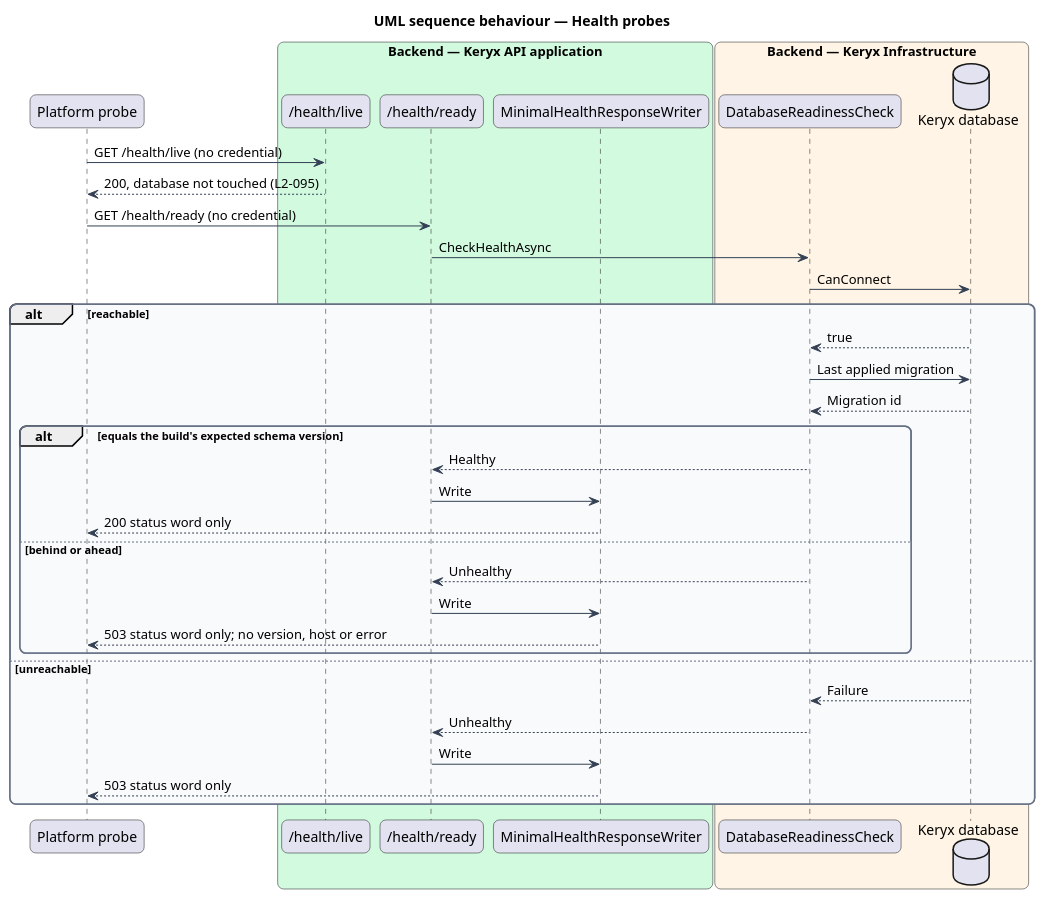
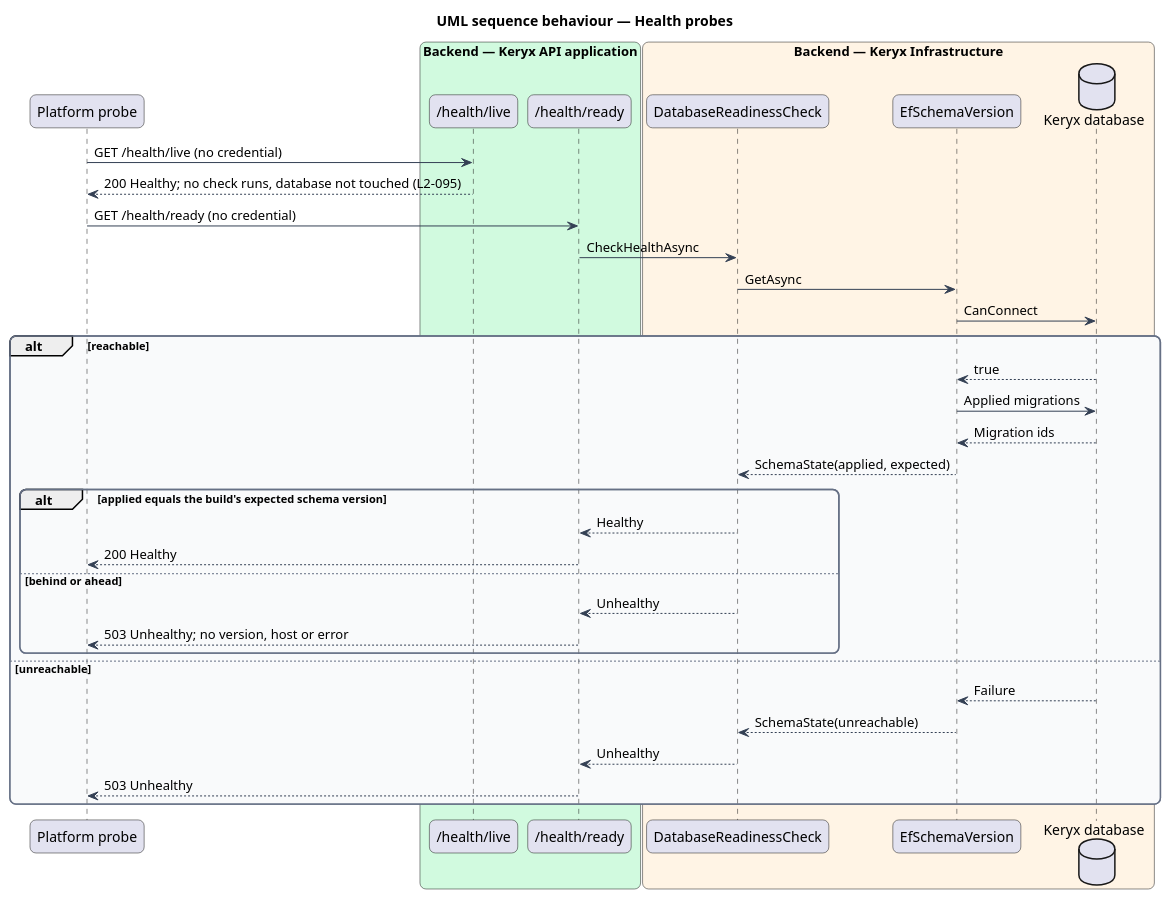
Before and after one commit to QuinntyneBrown/keryx: the diagram in docs/detailed-designs/operations/health-migrations-and-configuration/diagrams/sequence-health-probes.puml, drawn with PlantUML. The commit also changed 17 other files, not shown here.

```diff
--- a/docs/detailed-designs/operations/health-migrations-and-configuration/diagrams/sequence-health-probes.puml
+++ b/docs/detailed-designs/operations/health-migrations-and-configuration/diagrams/sequence-health-probes.puml
@@ -1,51 +1,51 @@
 @startuml
 title UML sequence behaviour — Health probes
 skinparam backgroundColor #FFFFFF
 skinparam shadowing false
 skinparam roundcorner 12
 skinparam defaultFontName Arial
 skinparam ArrowColor #344054
 skinparam rectangle {
   BorderColor #344054
   FontColor #101828
 }
 skinparam package {
   BorderColor #667085
   FontColor #101828
   BackgroundColor #F9FAFB
 }
 participant "Platform probe" as probe
 box "Backend — Keryx API application" #D1FADF
   participant "/health/live" as live
   participant "/health/ready" as ready
-  participant "MinimalHealthResponseWriter" as writer
 end box
 box "Backend — Keryx Infrastructure" #FFF4E5
   participant "DatabaseReadinessCheck" as check
+  participant "EfSchemaVersion" as schema
   database "Keryx database" as db
 end box
 probe -> live : GET /health/live (no credential)
-live --> probe : 200, database not touched (L2-095)
+live --> probe : 200 Healthy; no check runs, database not touched (L2-095)
 probe -> ready : GET /health/ready (no credential)
 ready -> check : CheckHealthAsync
-check -> db : CanConnect
+check -> schema : GetAsync
+schema -> db : CanConnect
 alt reachable
-  db --> check : true
-  check -> db : Last applied migration
-  db --> check : Migration id
-  alt equals the build's expected schema version
+  db --> schema : true
+  schema -> db : Applied migrations
+  db --> schema : Migration ids
+  schema --> check : SchemaState(applied, expected)
+  alt applied equals the build's expected schema version
     check --> ready : Healthy
-    ready -> writer : Write
-    writer --> probe : 200 status word only
+    ready --> probe : 200 Healthy
   else behind or ahead
     check --> ready : Unhealthy
-    ready -> writer : Write
-    writer --> probe : 503 status word only; no version, host or error
+    ready --> probe : 503 Unhealthy; no version, host or error
   end
 else unreachable
-  db --> check : Failure
+  db --> schema : Failure
+  schema --> check : SchemaState(unreachable)
   check --> ready : Unhealthy
-  ready -> writer : Write
-  writer --> probe : 503 status word only
+  ready --> probe : 503 Unhealthy
 end
 @enduml
```
